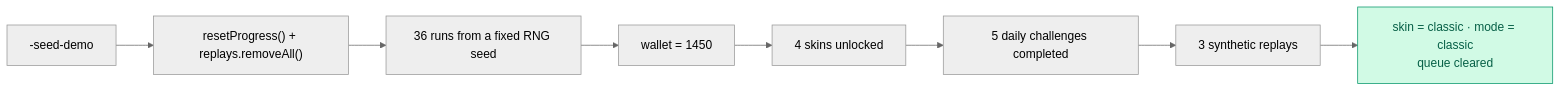
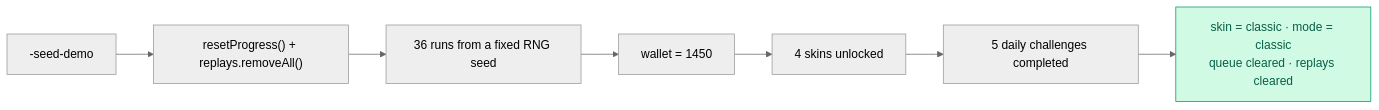
The second of 3 diagrams in docs/CONFIGURATION.md (hoangsonww/Flappy-Bird-Game), drawn with Mermaid (neutral theme) before and after one commit. The commit also changed other lines of this file and 9 other files, not shown here.

````diff
--- a/docs/CONFIGURATION.md
+++ b/docs/CONFIGURATION.md
@@ -58,12 +58,11 @@
 ```mermaid
 flowchart LR
     Seed["-seed-demo"] --> Reset["resetProgress() + replays.removeAll()"]
     Reset --> Runs["36 runs from a fixed RNG seed"]
     Runs --> Wallet["wallet = 1450"]
     Wallet --> Skins["4 skins unlocked"]
     Skins --> Daily["5 daily challenges completed"]
-    Daily --> Rep["3 synthetic replays"]
-    Rep --> Norm["skin = classic · mode = classic<br/>queue cleared"]
+    Daily --> Norm["skin = classic · mode = classic<br/>queue cleared · replays cleared"]
 
     style Norm fill:#d1fae5,stroke:#059669,color:#065f46
 ```
````
